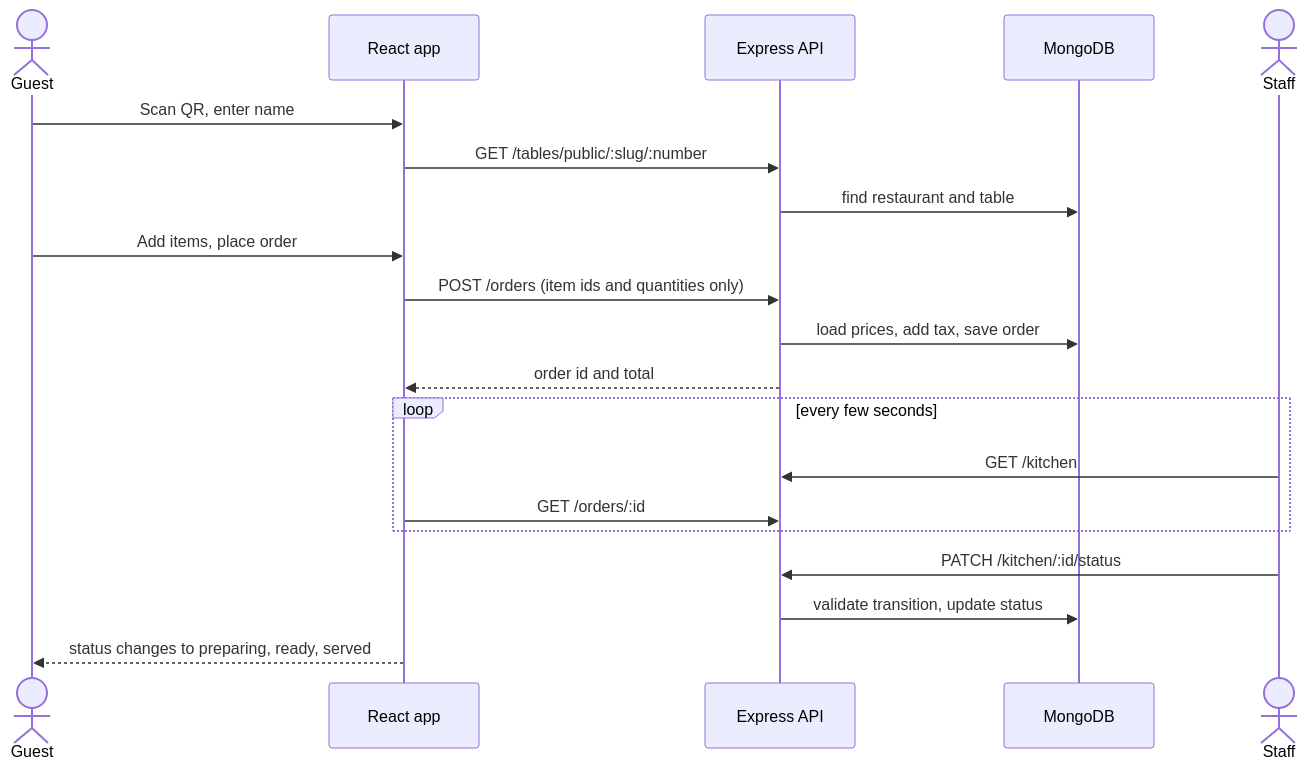
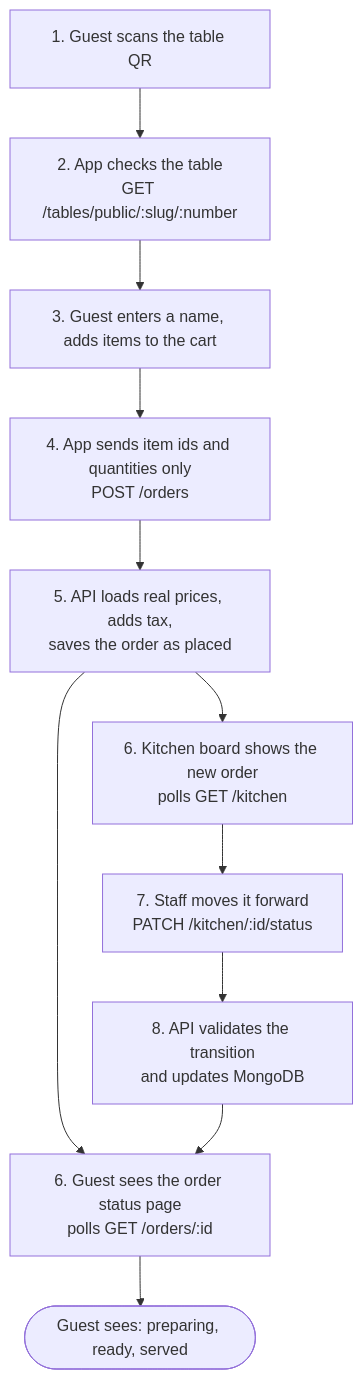
Before and after one commit to durgeshkhushlani/tabletap: the third of 3 diagrams in README.md, drawn with Mermaid.

Commit message:
docs: replace sequence diagram with flowchart for GitHub rendering

````diff
--- a/README.md
+++ b/README.md
@@ -83,23 +83,13 @@
 ```mermaid
-sequenceDiagram
-    actor Guest
-    participant Web as React app
-    participant API as Express API
-    participant DB as MongoDB
-    actor Staff
-
-    Guest->>Web: Scan QR, enter name
-    Web->>API: GET /tables/public/:slug/:number
-    API->>DB: find restaurant and table
-    Guest->>Web: Add items, place order
-    Web->>API: POST /orders (item ids and quantities only)
-    API->>DB: load prices, add tax, save order
-    API-->>Web: order id and total
-    loop every few seconds
-        Staff->>API: GET /kitchen
-        Web->>API: GET /orders/:id
-    end
-    Staff->>API: PATCH /kitchen/:id/status
-    API->>DB: validate transition, update status
-    Web-->>Guest: status changes to preparing, ready, served
+flowchart TD
+    A["1. Guest scans the table QR"] --> B["2. App checks the table<br/>GET /tables/public/:slug/:number"]
+    B --> C["3. Guest enters a name, adds items to the cart"]
+    C --> D["4. App sends item ids and quantities only<br/>POST /orders"]
+    D --> E["5. API loads real prices, adds tax,<br/>saves the order as placed"]
+    E --> F["6. Guest sees the order status page<br/>polls GET /orders/:id"]
+    E --> G["6. Kitchen board shows the new order<br/>polls GET /kitchen"]
+    G --> H["7. Staff moves it forward<br/>PATCH /kitchen/:id/status"]
+    H --> I["8. API validates the transition<br/>and updates MongoDB"]
+    I --> F
+    F --> J(["Guest sees: preparing, ready, served"])
 ```
````
